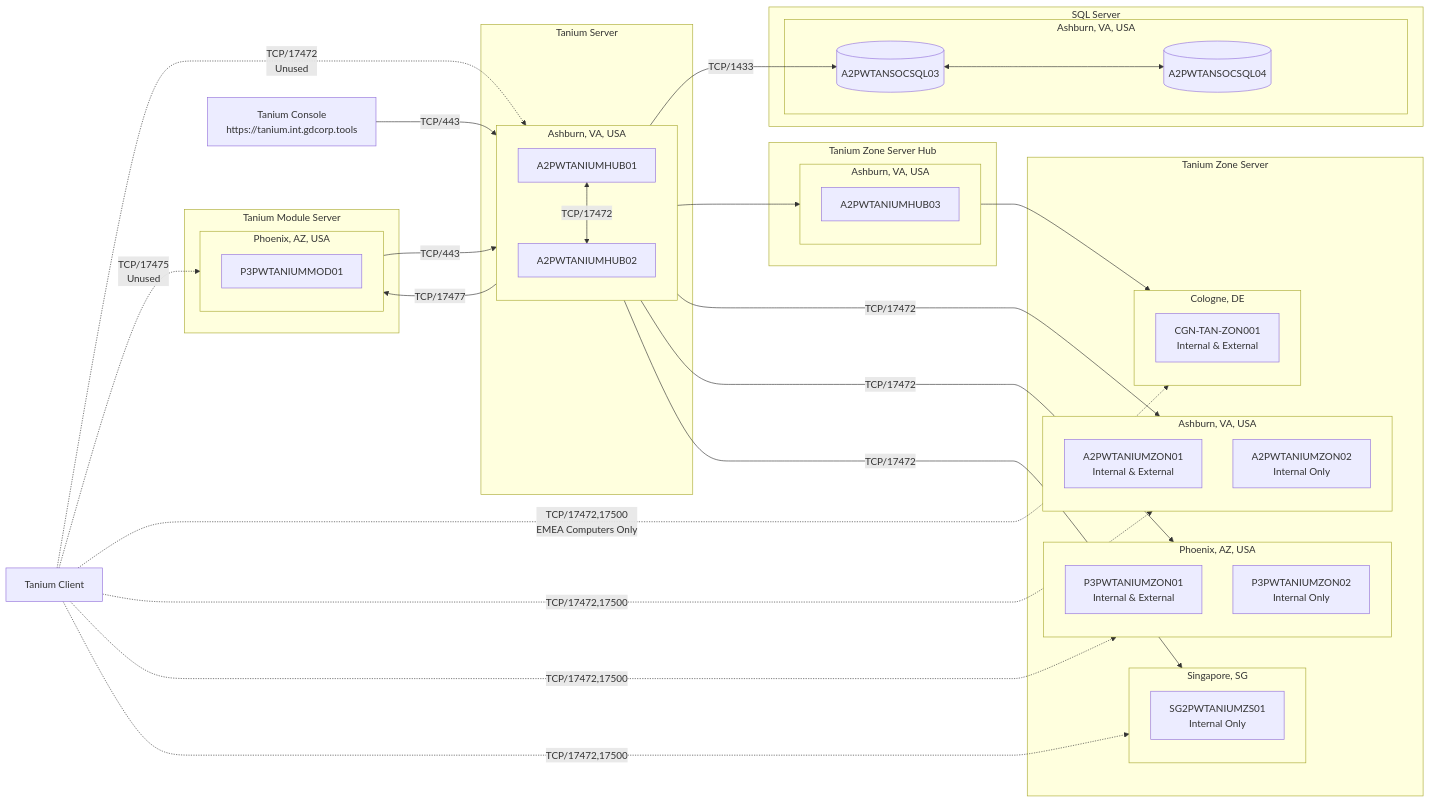
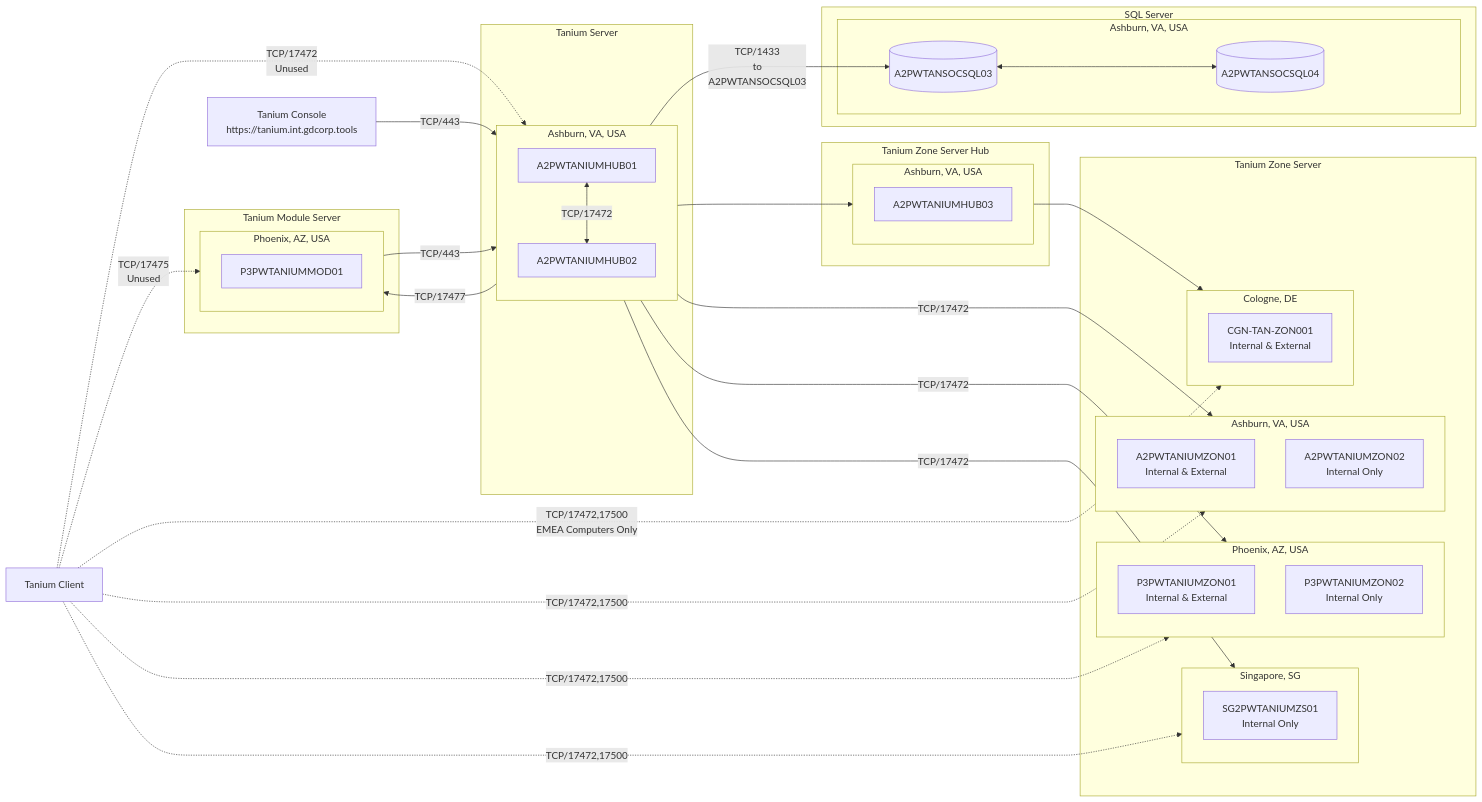
The diagram in docs/diagrams/src/tanium-architecture-prod-us.mmd (gdsec-test/tsa-tanium-config), drawn with Mermaid before and after one commit.

Commit message:
Clarified SQL connection label

```diff
--- a/docs/diagrams/src/tanium-architecture-prod-us.mmd
+++ b/docs/diagrams/src/tanium-architecture-prod-us.mmd
@@ -1,75 +1,75 @@
 flowchart LR
     %% Define nodes and subgraphs
     subgraph TS["Tanium Server"]
         subgraph TS_A2["Ashburn, VA, USA"]
             TS_A2_1["A2PWTANIUMHUB01"]
             TS_A2_2["A2PWTANIUMHUB02"]
             TS_A2_1 <-->|"TCP/17472"| TS_A2_2
         end
     end
     subgraph MS["Tanium Module Server"]
         subgraph MS_P3["Phoenix, AZ, USA"]
             MS_P3_1["P3PWTANIUMMOD01"]
         end
     end
     subgraph ZS["Tanium Zone Server"]
         subgraph ZS_A2["Ashburn, VA, USA"]
             ZS_A2_1["A2PWTANIUMZON01<br/>Internal & External"]
             ZS_A2_2["A2PWTANIUMZON02<br/>Internal Only"]
         end
         subgraph ZS_P3["Phoenix, AZ, USA"]
             ZS_P3_1["P3PWTANIUMZON01<br/>Internal & External"]
             ZS_P3_2["P3PWTANIUMZON02<br/>Internal Only"]
         end
         subgraph ZS_SG2["Singapore, SG"]
             ZS_SG2_1["SG2PWTANIUMZS01<br/>Internal Only"]
         end
         subgraph ZS_CGN["Cologne, DE"]
             ZS_CGN_1["CGN-TAN-ZON001<br/>Internal & External"]
         end
     end
     subgraph ZH["Tanium Zone Server Hub"]
         subgraph ZH_A2["Ashburn, VA, USA"]
             ZH_A2_1["A2PWTANIUMHUB03"]
         end
     end
     subgraph SQL["SQL Server"]
         subgraph SQL_A2["Ashburn, VA, USA"]
             SQL_A2_3[("A2PWTANSOCSQL03")]
             SQL_A2_4[("A2PWTANSOCSQL04")]
             SQL_A2_3 <--> SQL_A2_4
         end
     end
     
     %% Define nodes not part of a subgraph
     %%Title("Tanium Production"):::StyleGoDaddyProd
     TaniumClient["Tanium Client"]
     TaniumConsole["Tanium Console<br/>https://tanium.int.gdcorp.tools"]
 
     %% Define relationships
     TS_A2 -->|"TCP/17477"| MS_P3
     MS_P3 -->|"TCP/443"| TS_A2
-    TS_A2 -->|"TCP/1433"| SQL_A2_3
+    TS_A2 -->|"TCP/1433<br/>to<br/>A2PWTANSOCSQL03"| SQL_A2_3
     TS_A2 --> ZH_A2
     TS_A2 -->|"TCP/17472"| ZS_A2
     TS_A2 -->|"TCP/17472"| ZS_P3
     TS_A2 -->|"TCP/17472"| ZS_SG2
     ZH_A2 --> ZS_CGN
     TaniumClient -.->|"TCP/17472<br/>Unused"| TS_A2
     TaniumClient -.->|"TCP/17475<br/>Unused"| MS_P3
     TaniumClient -.->|"TCP/17472,17500<br/>EMEA Computers Only"| ZS_CGN
     TaniumClient -.->|"TCP/17472,17500"| ZS_A2
     TaniumClient -.->|"TCP/17472,17500"| ZS_P3
     TaniumClient -.->|"TCP/17472,17500"| ZS_SG2
     TaniumConsole -->|"TCP/443"| TS_A2
     
     %% Add hyperlinks
     click TaniumConsole "https://tanium.int.gdcorp.tools" "Tanium Console (VPN Required)"
 
     %% Define styles
     classDef StyleGoDaddyProd fill:#E22726,color:#000000,stroke:#FFFFFF,stroke-width:1px;
     classDef StyleGoDaddyProdEMEA fill:#FED317,color:#2F1C4C,stroke:#FADCD9,stroke-width:1px;
     classDef StyleGoDaddyDev fill:#00782E,color:#D8EFEF,stroke:#FFEEA9,stroke-width:1px;
 
     %% Assign styles
     %%class Title StyleGoDaddyProd;
```
